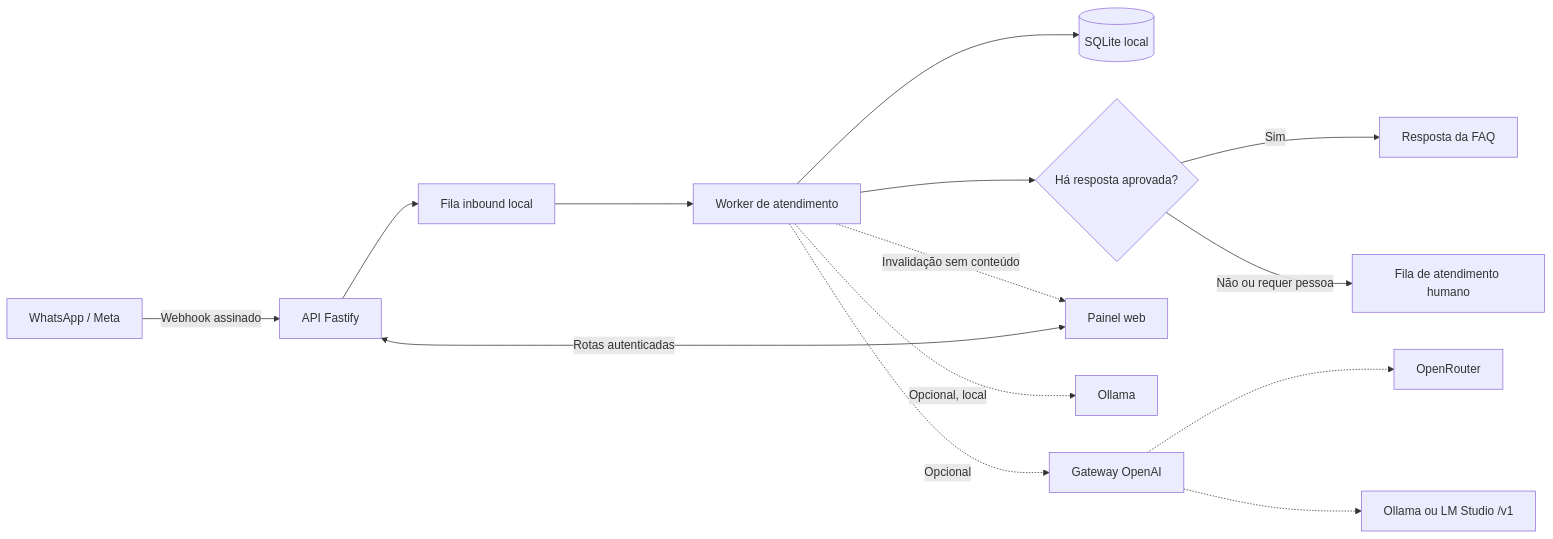
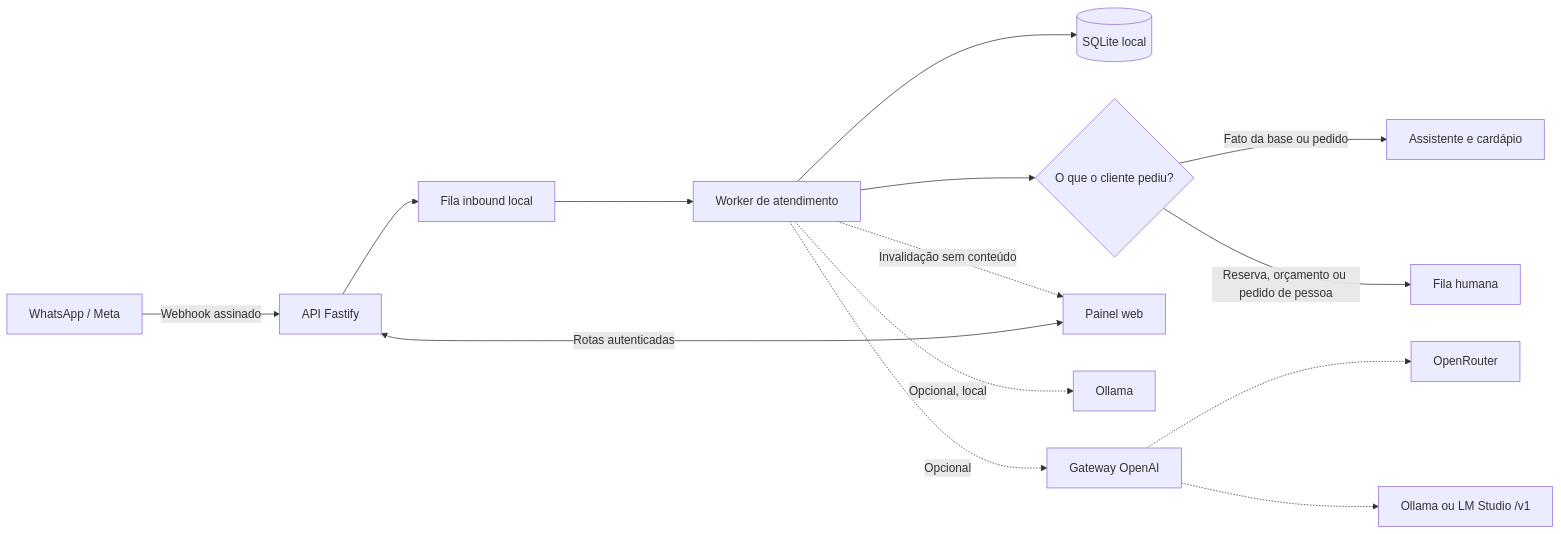
Before and after one commit to jorgepzs/plataforma-atendimento-whatsapp: the diagram in README.md, drawn with Mermaid. The commit also changed other lines of this file and 31 other files, not shown here.

````diff
--- a/README.md
+++ b/README.md
@@ -64,16 +65,16 @@
 ```mermaid
 flowchart LR
     Meta[WhatsApp / Meta] -->|Webhook assinado| API[API Fastify]
     API --> Fila[Fila inbound local]
     Fila --> Worker[Worker de atendimento]
     Worker --> Estado[(SQLite local)]
-    Worker --> Decisao{Há resposta aprovada?}
-    Decisao -->|Sim| FAQ[Resposta da FAQ]
-    Decisao -->|Não ou requer pessoa| Humano[Fila de atendimento humano]
+    Worker --> Decisao{O que o cliente pediu?}
+    Decisao -->|Fato da base ou pedido| Assistente[Assistente e cardápio]
+    Decisao -->|Reserva, orçamento ou pedido de pessoa| Humano[Fila humana]
     Painel[Painel web] <-->|Rotas autenticadas| API
     Worker -.->|Invalidação sem conteúdo| Painel
     Worker -.->|Opcional, local| Ollama[Ollama]
     Worker -.->|Opcional| Gateway[Gateway OpenAI]
     Gateway -.-> OpenRouter[OpenRouter]
     Gateway -.-> LocalLLM[Ollama ou LM Studio /v1]
 ```
````
